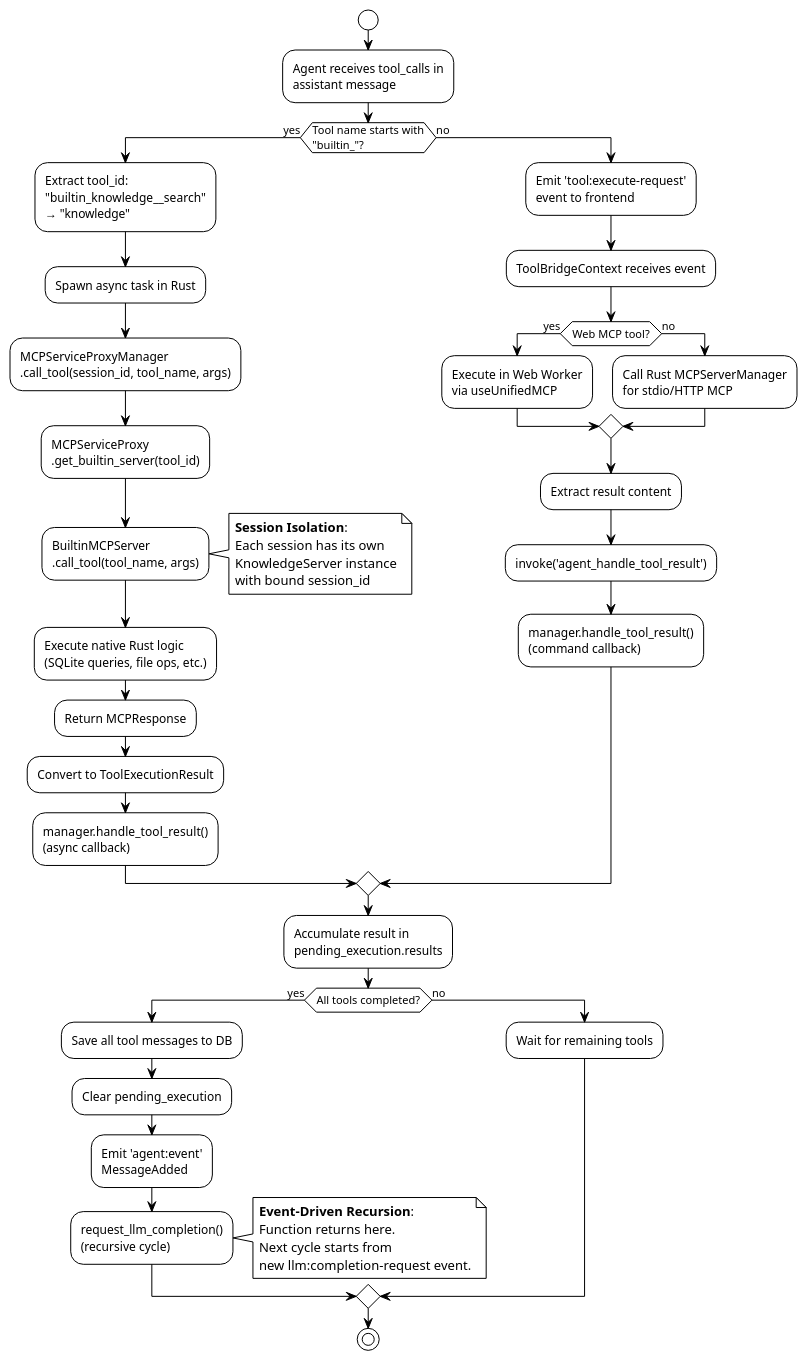
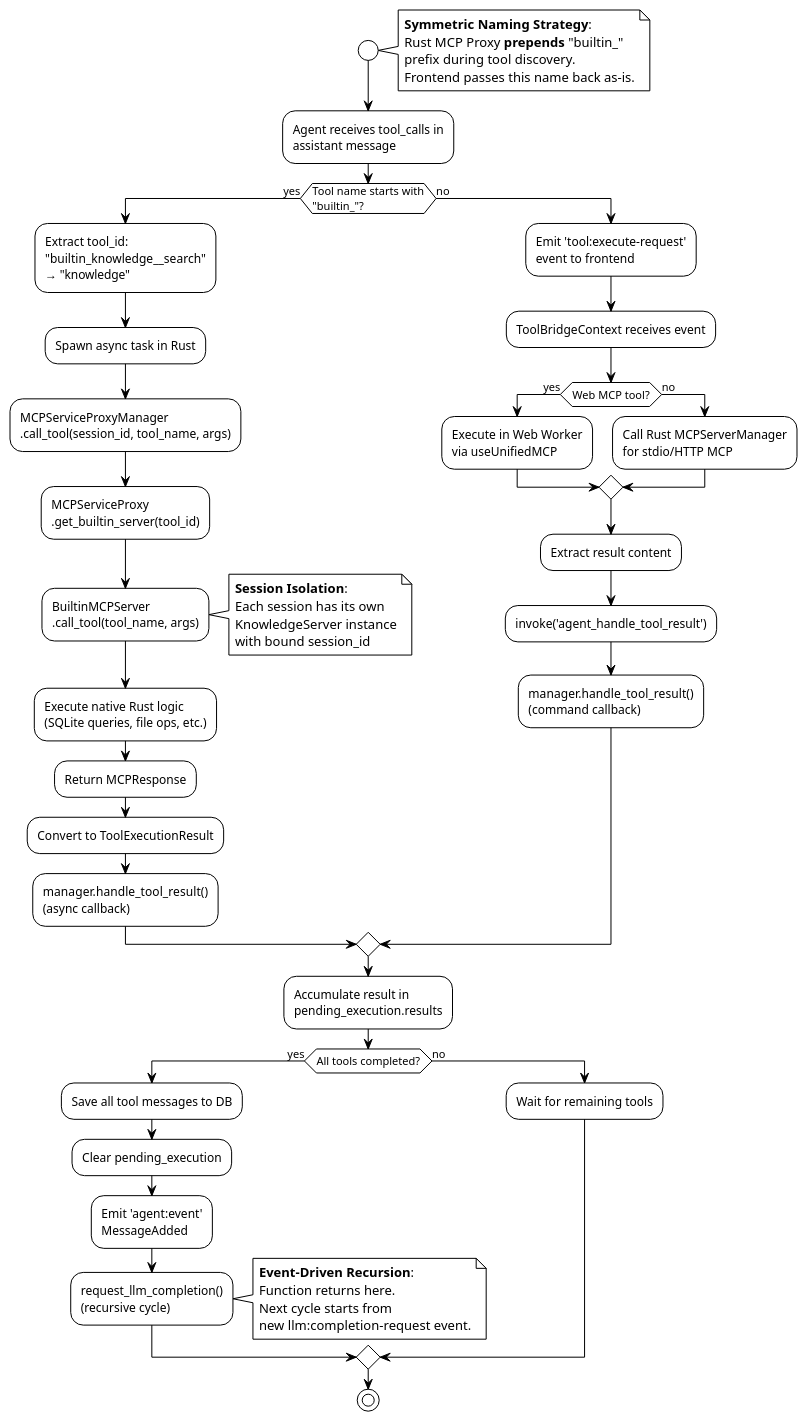
Before and after one commit to fritzprix/libr-agent: the fourth of 5 diagrams in docs/architecture/agent-workflow-architecture.md, drawn with PlantUML. The commit also changed other lines of this file and 29 other files, not shown here.

```diff
--- a/docs/architecture/agent-workflow-architecture.md
+++ b/docs/architecture/agent-workflow-architecture.md
@@ -381,6 +381,13 @@
 !theme plain
 
 start
+
+note right
+  **Symmetric Naming Strategy**:
+  Rust MCP Proxy **prepends** "builtin_"
+  prefix during tool discovery.
+  Frontend passes this name back as-is.
+end note
 
 :Agent receives tool_calls in\nassistant message;
 
```
